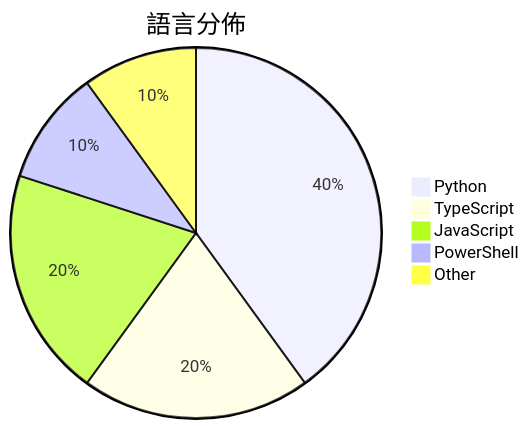
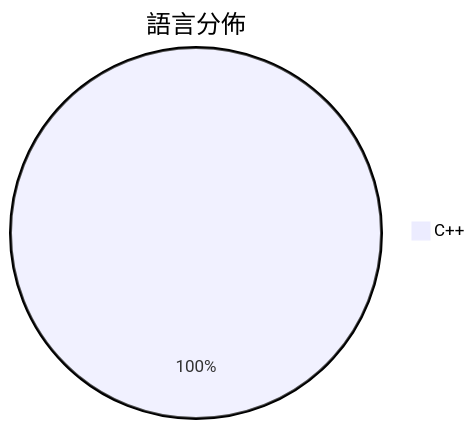
Before and after one commit to Lucasnocodo/github-trending-obsidian: the diagram in Daily/2026-03-10.md, drawn with Mermaid. The commit also changed other lines of this file and 43 other files, not shown here.

````diff
--- a/Daily/2026-03-10.md
+++ b/Daily/2026-03-10.md
@@ -20,8 +20,4 @@
 ```mermaid
 pie title 語言分佈
-    "Python" : 4
-    "TypeScript" : 2
-    "JavaScript" : 2
-    "PowerShell" : 1
-    "Other" : 1
+    "C++" : 1
 ```
````
